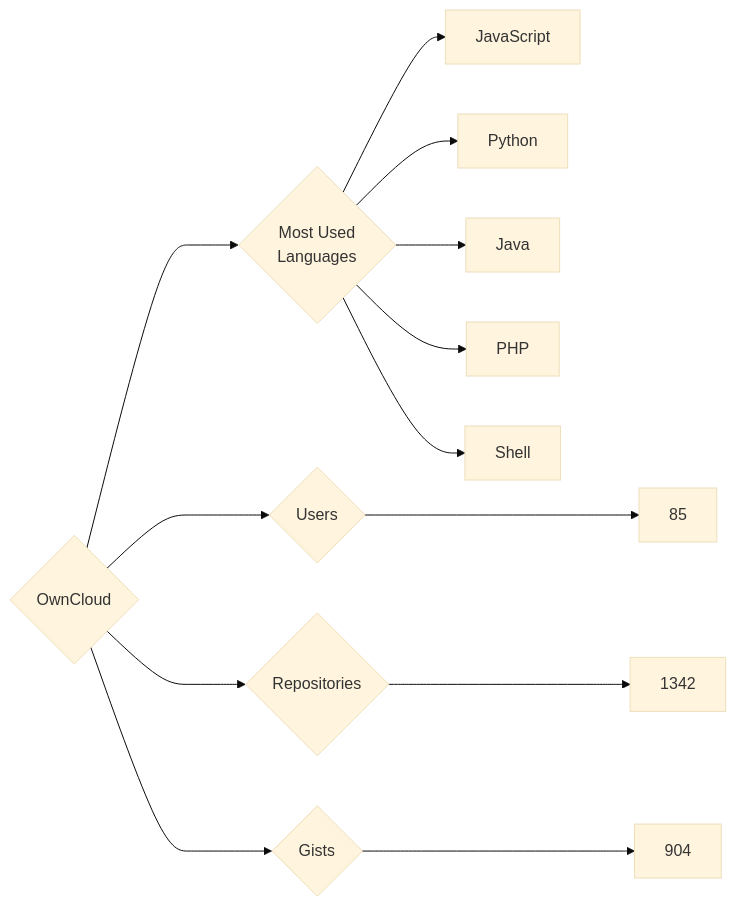
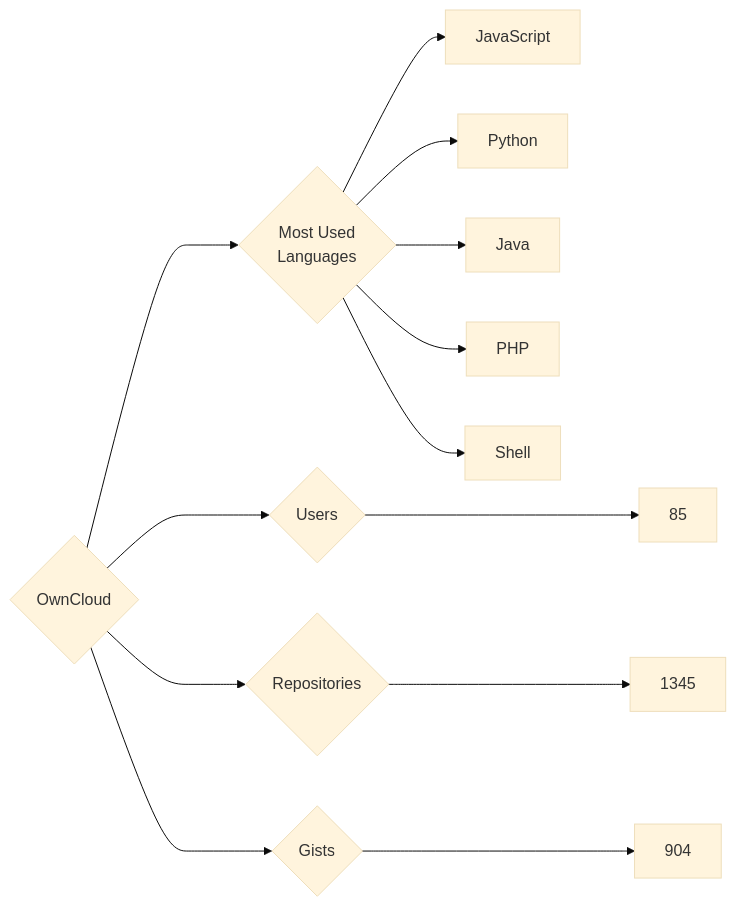
Before and after one commit to trickest/insiders: the diagram in targets/OwnCloud/README.md, drawn with Mermaid (base theme). The commit also changed 823 other files, not shown here.

````diff
--- a/targets/OwnCloud/README.md
+++ b/targets/OwnCloud/README.md
@@ -3,13 +3,13 @@
 ```mermaid
 graph LR
 COMPANY_NAME{OwnCloud}
 COMPANY_NAME ---> U{Users} ---> UN[85]
-COMPANY_NAME ---> R{Repositories} ---> RN[1342]
+COMPANY_NAME ---> R{Repositories} ---> RN[1345]
 COMPANY_NAME ---> G{Gists} ---> GN[904]
 COMPANY_NAME ---> ML{Most Used<br>Languages}
 ML --> JavaScript[JavaScript]
 ML --> Python[Python]
 ML --> Java[Java]
 ML --> PHP[PHP]
 ML --> Shell[Shell]
 ```
````
